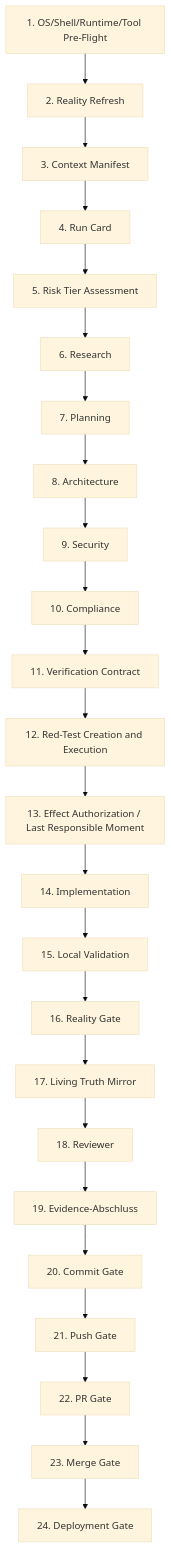
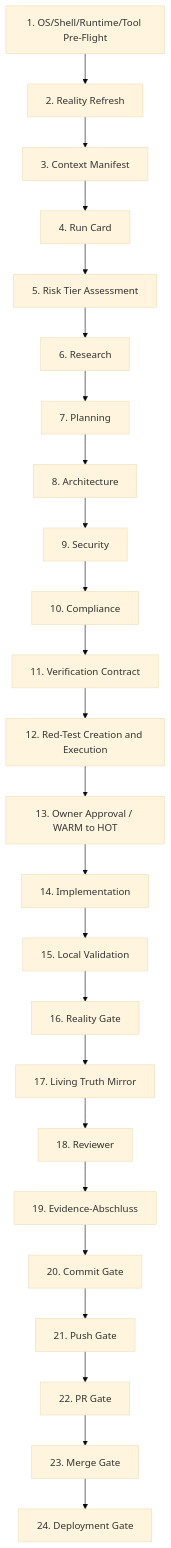
The first of 3 diagrams in WORKING-METHOD.md (Mueller-Systems-Lab/OpenCode-Agenten-Oekosystem), drawn with Mermaid (base theme) before and after one commit. The commit also changed other lines of this file and 131 other files, not shown here.

````diff
--- a/WORKING-METHOD.md
+++ b/WORKING-METHOD.md
@@ -266,26 +264,26 @@
 ```mermaid
 flowchart TD
     A[1. OS/Shell/Runtime/Tool Pre-Flight] --> B[2. Reality Refresh]
     B --> C[3. Context Manifest]
     C --> C1[4. Run Card]
     C1 --> C2[5. Risk Tier Assessment]
     C2 --> D[6. Research]
     D --> E[7. Planning]
     E --> F[8. Architecture]
     F --> G[9. Security]
     G --> H[10. Compliance]
     H --> I[11. Verification Contract]
     I --> J[12. Red-Test Creation and Execution]
-    J --> K[13. Effect Authorization / Last Responsible Moment]
+    J --> K[13. Owner Approval / WARM to HOT]
     K --> L[14. Implementation]
     L --> M[15. Local Validation]
     M --> N[16. Reality Gate]
     N --> O[17. Living Truth Mirror]
     O --> P[18. Reviewer]
     P --> Q[19. Evidence-Abschluss]
     Q --> R[20. Commit Gate]
     R --> S[21. Push Gate]
     S --> T[22. PR Gate]
     T --> U[23. Merge Gate]
     U --> V[24. Deployment Gate]
 ```
````
